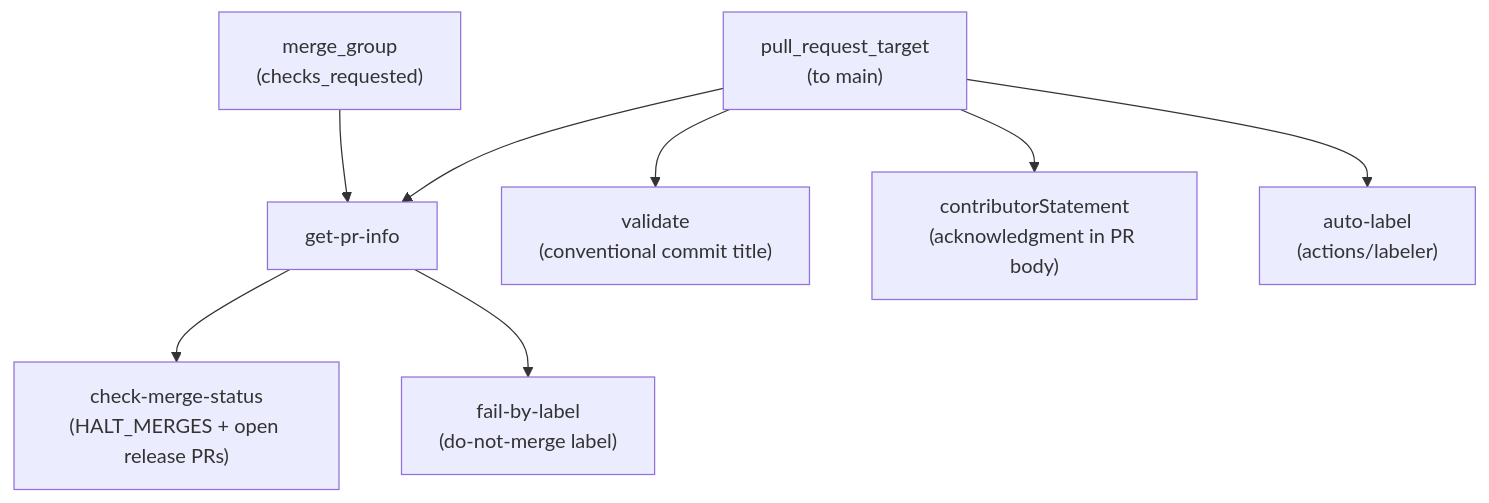
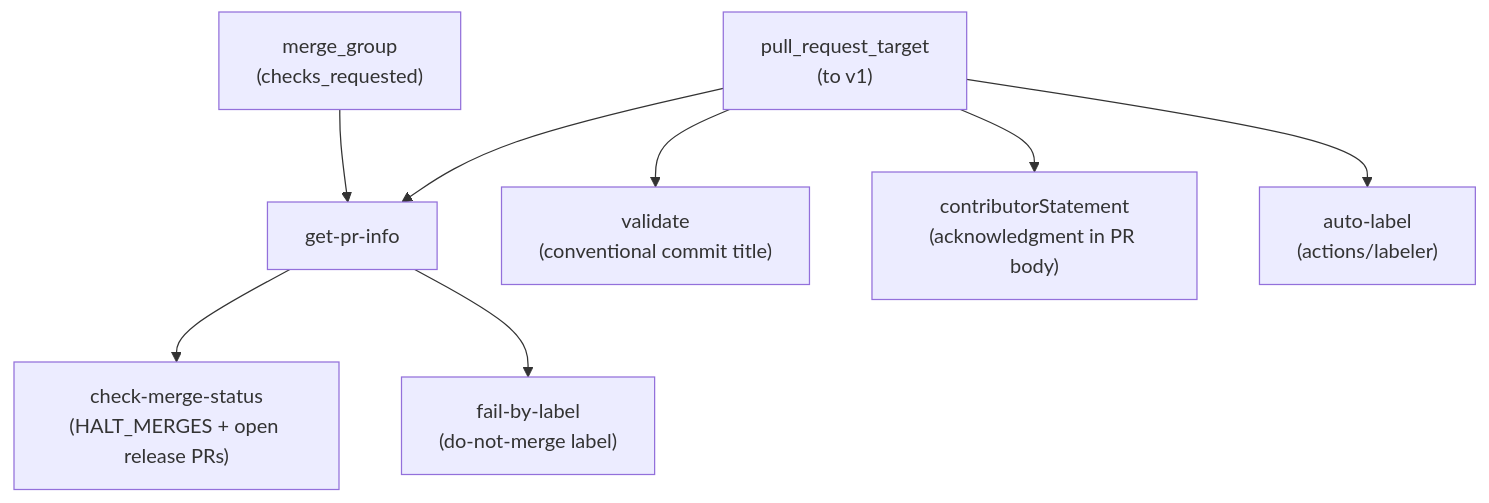
Before and after one commit to awslabs/aidlc-workflows: the fourth of 4 diagrams in docs/ADMINISTRATIVE_GUIDE.md, drawn with Mermaid. The commit also changed other lines of this file and 16 other files, not shown here.

````diff
--- a/docs/ADMINISTRATIVE_GUIDE.md
+++ b/docs/ADMINISTRATIVE_GUIDE.md
@@ -165,11 +161,11 @@
 ```mermaid
 flowchart TD
-    A["pull_request_target\n(to main)"] --> B["get-pr-info"]
+    A["pull_request_target\n(to v1)"] --> B["get-pr-info"]
     C["merge_group\n(checks_requested)"] --> B
 
     B --> D["check-merge-status\n(HALT_MERGES + open release PRs)"]
     B --> E["fail-by-label\n(do-not-merge label)"]
     A --> F["validate\n(conventional commit title)"]
     A --> G["contributorStatement\n(acknowledgment in PR body)"]
     A --> H["auto-label\n(actions/labeler)"]
 ```
````
